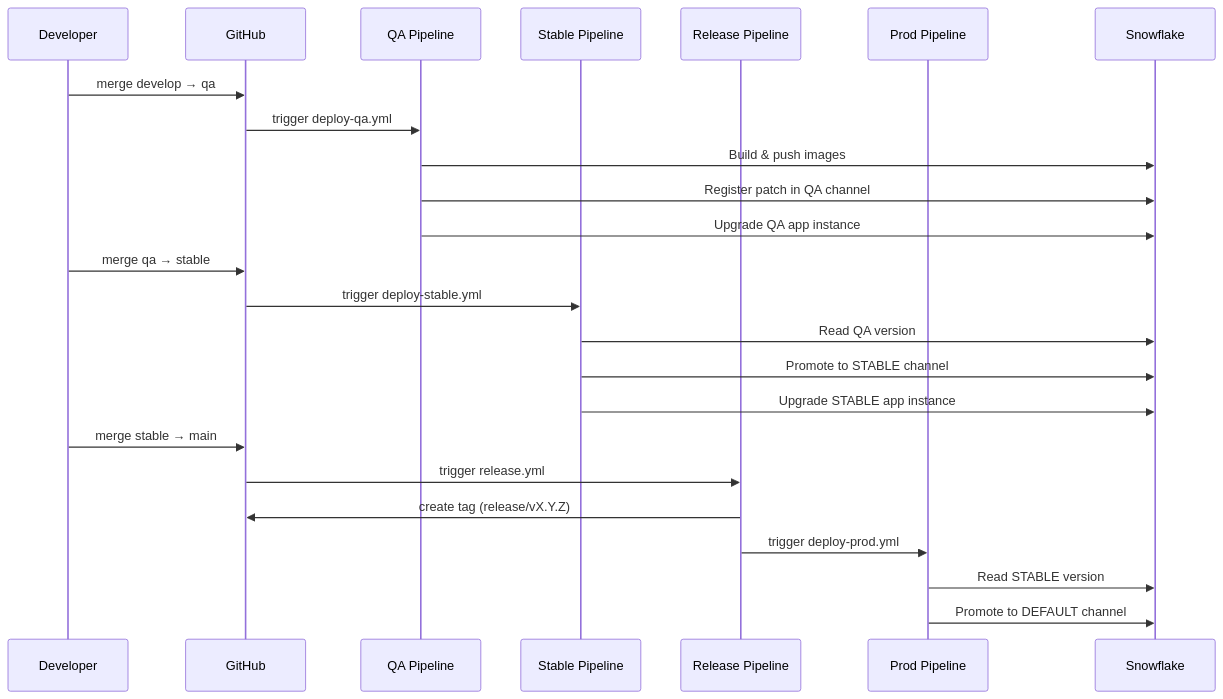
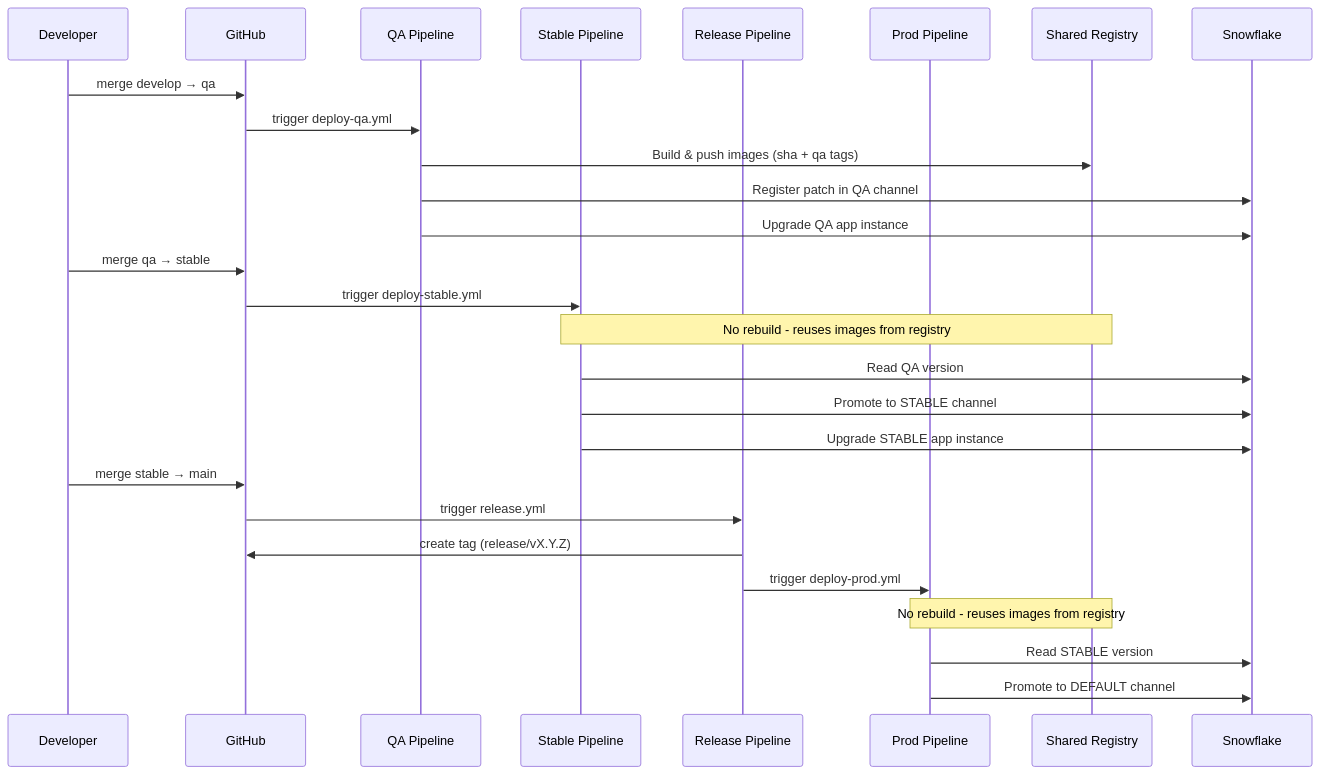
Before and after one commit to BLEND360/blendx-sfguide-mktplace: the second of 3 diagrams in docs/DEPLOYMENT.md, drawn with Mermaid. The commit also changed other lines of this file and 5 other files, not shown here.

````diff
--- a/docs/DEPLOYMENT.md
+++ b/docs/DEPLOYMENT.md
@@ -41,29 +43,32 @@
 ```mermaid
 sequenceDiagram
     participant Dev as Developer
     participant GH as GitHub
     participant QA as QA Pipeline
     participant Stb as Stable Pipeline
     participant Rel as Release Pipeline
     participant Prod as Prod Pipeline
+    participant Reg as Shared Registry
     participant SF as Snowflake
 
     Dev->>GH: merge develop → qa
     GH->>QA: trigger deploy-qa.yml
-    QA->>SF: Build & push images
+    QA->>Reg: Build & push images (sha + qa tags)
     QA->>SF: Register patch in QA channel
     QA->>SF: Upgrade QA app instance
 
     Dev->>GH: merge qa → stable
     GH->>Stb: trigger deploy-stable.yml
+    Note over Stb,Reg: No rebuild - reuses images from registry
     Stb->>SF: Read QA version
     Stb->>SF: Promote to STABLE channel
     Stb->>SF: Upgrade STABLE app instance
 
     Dev->>GH: merge stable → main
     GH->>Rel: trigger release.yml
     Rel->>GH: create tag (release/vX.Y.Z)
     Rel->>Prod: trigger deploy-prod.yml
+    Note over Prod,Reg: No rebuild - reuses images from registry
     Prod->>SF: Read STABLE version
     Prod->>SF: Promote to DEFAULT channel
 ```
````
